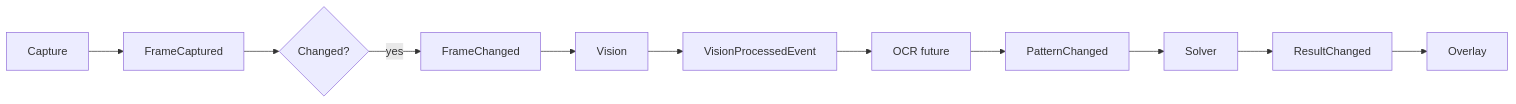
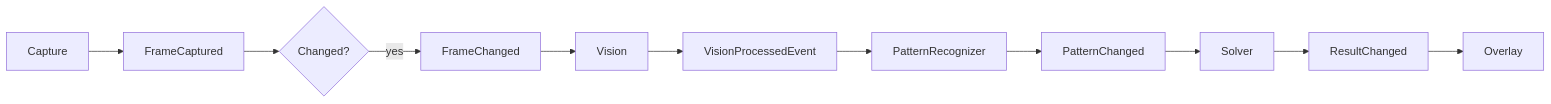
The diagram in ARCHITECTURE.md (SrujanRaj-cse/GuessTheWord), drawn with Mermaid before and after one commit. The commit also changed other lines of this file and 33 other files, not shown here.

````diff
--- a/ARCHITECTURE.md
+++ b/ARCHITECTURE.md
@@ -7,13 +7,13 @@
 ```mermaid
 flowchart LR
     CAP[Capture] --> FC[FrameCaptured]
     FC --> DET{Changed?}
     DET -->|yes| FCH[FrameChanged]
     FCH --> VIS[Vision]
     VIS --> VPE[VisionProcessedEvent]
-    VPE --> OCR[OCR future]
-    OCR --> PAT[PatternChanged]
+    VPE --> PR[PatternRecognizer]
+    PR --> PAT[PatternChanged]
     PAT --> SOL[Solver]
     SOL --> RES[ResultChanged]
     RES --> OVL[Overlay]
 ```
````
